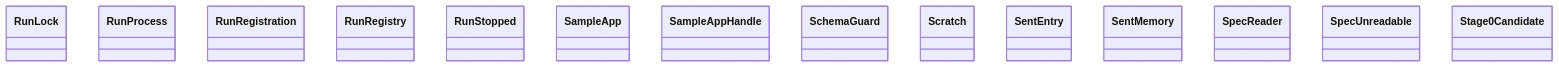
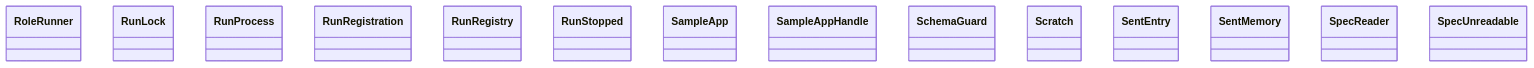
One commit to GonzaloZevallos/agentic-system changed the diagram in docs/architecture/generated/classes-process-application-support-5.md. Above: the diagram before and after it, drawn with Mermaid. The commit also changed other lines of this file and 11 other files, not shown here.

````diff
--- a/docs/architecture/generated/classes-process-application-support-5.md
+++ b/docs/architecture/generated/classes-process-application-support-5.md
@@ -19,17 +19,17 @@
 ```mermaid
 classDiagram
+    class ports__RoleRunner["RoleRunner"]
     class ports__RunLock["RunLock"]
     class ports__RunProcess["RunProcess"]
     class ports__RunRegistration["RunRegistration"]
     class ports__RunRegistry["RunRegistry"]
     class ports__RunStopped["RunStopped"]
     class ports__SampleApp["SampleApp"]
     class ports__SampleAppHandle["SampleAppHandle"]
     class ports__SchemaGuard["SchemaGuard"]
     class ports__Scratch["Scratch"]
     class ports__SentEntry["SentEntry"]
     class ports__SentMemory["SentMemory"]
     class ports__SpecReader["SpecReader"]
     class ports__SpecUnreadable["SpecUnreadable"]
-    class ports__Stage0Candidate["Stage0Candidate"]
 ```
````
